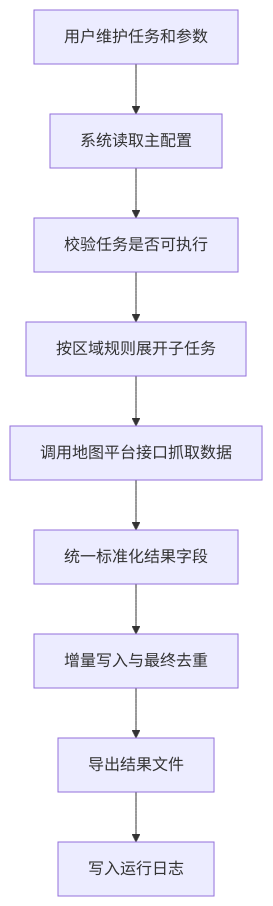
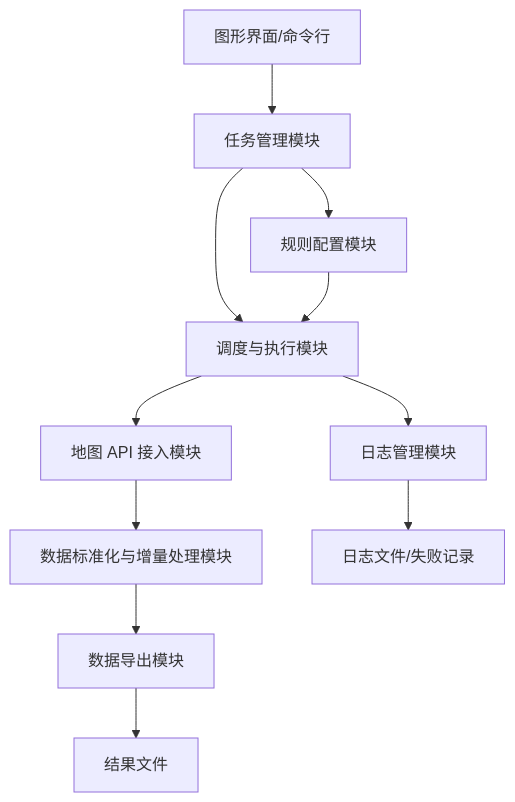
One commit to CV-Q/python changed the first of 3 diagrams in docs/SOFTWARE_DESIGN.md. Above: the diagram before and after it, drawn with Mermaid. The commit also changed other lines of this file and 46 other files, not shown here.

````diff
--- a/docs/SOFTWARE_DESIGN.md
+++ b/docs/SOFTWARE_DESIGN.md
@@ -146,11 +48,13 @@
 ```mermaid
-flowchart TD
-    A[用户维护任务和参数] --> B[系统读取主配置]
-    B --> C[校验任务是否可执行]
-    C --> D[按区域规则展开子任务]
-    D --> E[调用地图平台接口抓取数据]
-    E --> F[统一标准化结果字段]
-    F --> G[增量写入与最终去重]
-    G --> H[导出结果文件]
-    H --> I[写入运行日志]
+flowchart TB
+    A[图形界面/命令行] --> B[任务管理模块]
+    B --> C[规则配置模块]
+    B --> D[调度与执行模块]
+    C --> D
+    D --> E[地图 API 接入模块]
+    E --> F[数据标准化与增量处理模块]
+    F --> G[数据导出模块]
+    D --> H[日志管理模块]
+    G --> I[结果文件]
+    H --> J[日志文件/失败记录]
 ```
````
